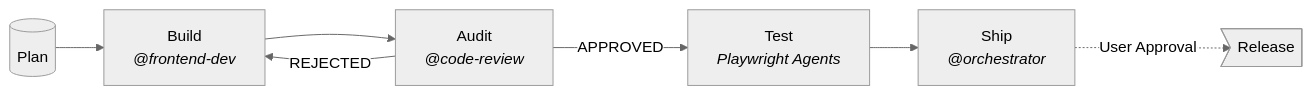
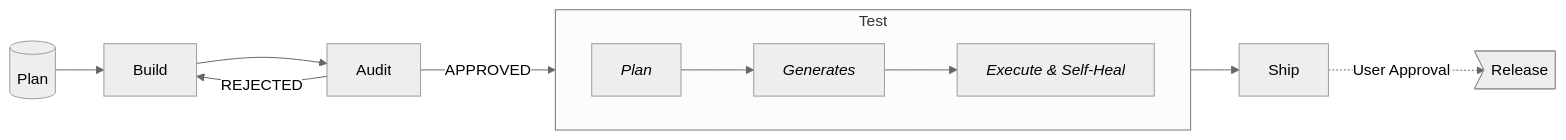
The diagram in README.md (KiKDraS/opencode-landing-page-template), drawn with Mermaid (neutral theme) before and after one commit. The commit also changed other lines of this file and 1 other file, not shown here.

````diff
--- a/README.md
+++ b/README.md
@@ -147,12 +63,18 @@
 ```mermaid
 flowchart LR
-    P[("Plan")]
-    B["Build<br/><i>@frontend-dev</i>"]
-    A["Audit<br/><i>@code-review</i>"]
-    T["Test<br/><i>Playwright Agents</i>"]
-    S["Ship<br/><i>@orchestrator</i>"]
-    P --> B --> A
-    A -->|REJECTED| B
-    A -->|APPROVED| T --> S
-    S -.->|User Approval| R>"Release"]
+    subgraph Test_Phase["Test"]
+        direction LR
+        TP["<i>Plan</i>"]
+        TG["<i>Generates</i>"]
+        TE["<i>Execute &amp; Self-Heal</i>"]
+    end
+
+    TP --> TG
+    TG --> TE
+    P[("Plan")] --> B["Build"]
+    B --> A["Audit"]
+    A -- REJECTED --> B
+    A -- APPROVED --> TP
+    TE --> S["Ship"]
+    S -. "User Approval" .-> R>"Release"]
 ```
````
